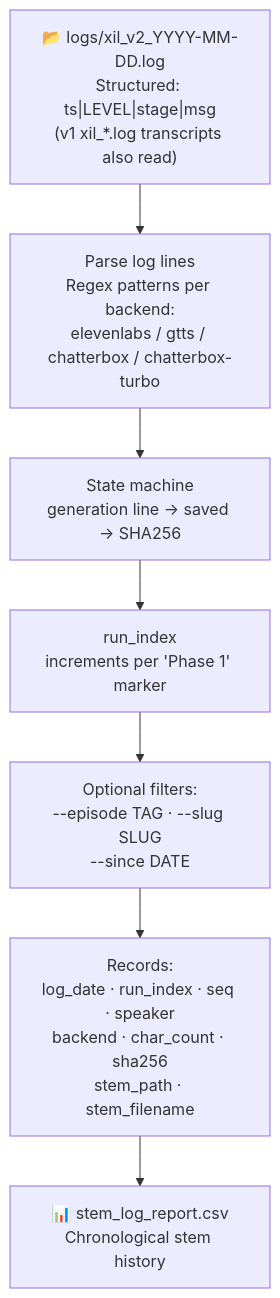
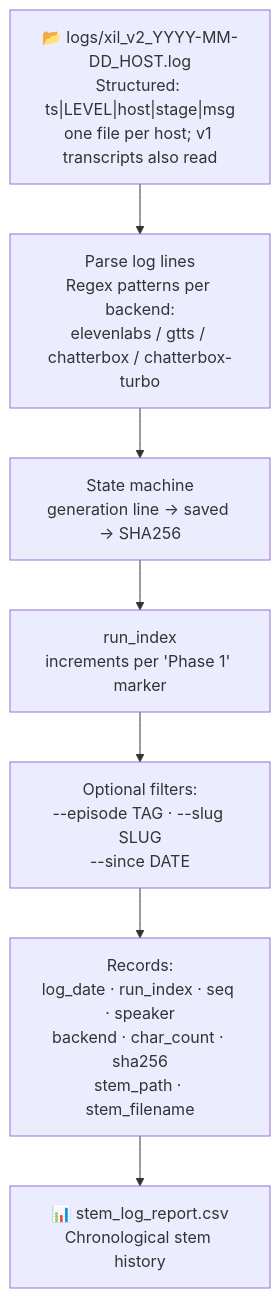
One commit to xilcmd/xil-pipeline changed diagram 16 of 33 in docs/pipeline.md. Above: the diagram before and after it, drawn with Mermaid. The commit also changed 6 other files, not shown here.

First line of the commit message:
feat(logging): per-host log files and a host field

````diff
--- a/docs/pipeline.md
+++ b/docs/pipeline.md
@@ -1123,24 +1123,24 @@
 ```mermaid
 flowchart TD
-    LOGS["`📂 logs/xil_v2_YYYY-MM-DD.log
-    Structured: ts|LEVEL|stage|msg
-    (v1 xil_*.log transcripts also read)`"]
+    LOGS["`📂 logs/xil_v2_YYYY-MM-DD_HOST.log
+    Structured: ts|LEVEL|host|stage|msg
+    one file per host; v1 transcripts also read`"]
     PARSE["`Parse log lines
     Regex patterns per backend:
     elevenlabs / gtts / chatterbox / chatterbox-turbo`"]
     STATE["`State machine
     generation line → saved → SHA256`"]
     RUNIDX["`run_index
     increments per 'Phase 1' marker`"]
     FILTER["`Optional filters:
     --episode TAG · --slug SLUG
     --since DATE`"]
     RECORDS["`Records:
     log_date · run_index · seq · speaker
     backend · char_count · sha256
     stem_path · stem_filename`"]
     CSV["`📊 stem_log_report.csv
     Chronological stem history`"]
 
     LOGS --> PARSE --> STATE --> RUNIDX --> FILTER --> RECORDS --> CSV
 ```
````
